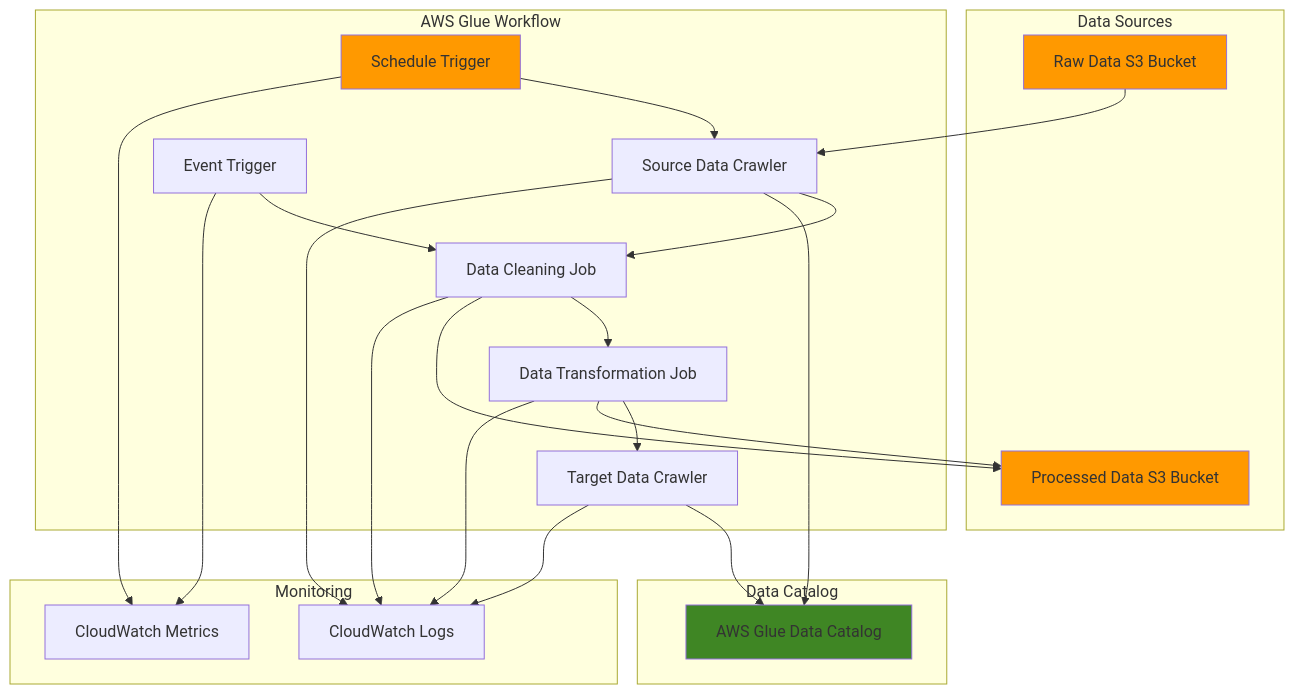
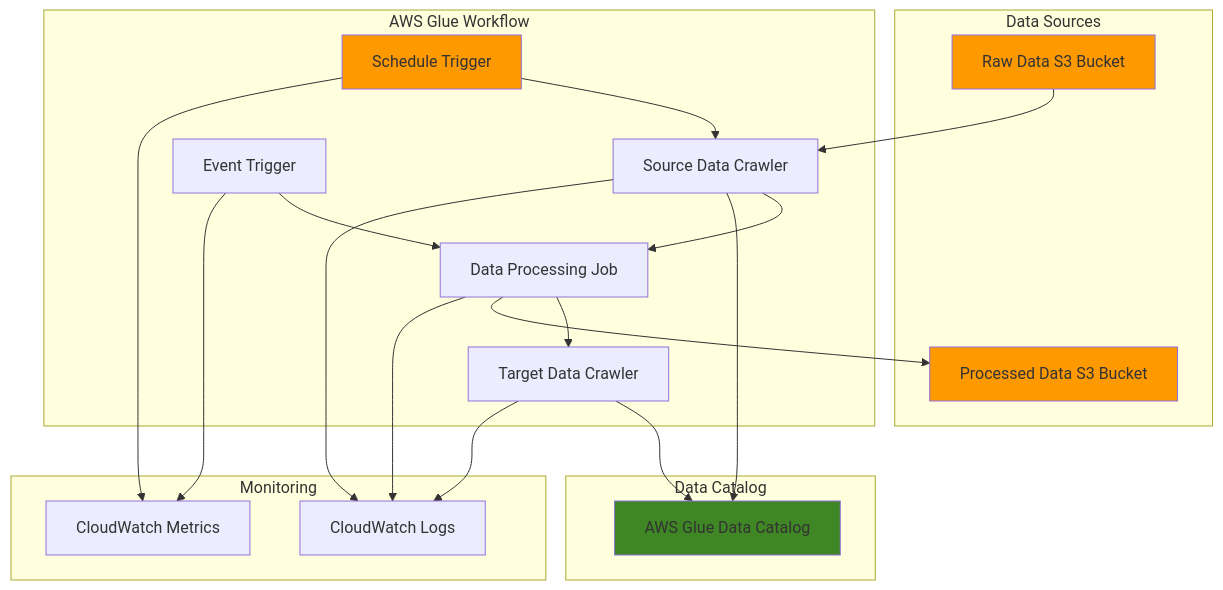
The diagram in aws/data-pipeline-orchestration-glue/data-pipeline-orchestration-glue.md (mzazon/awesome-cloud-projects), drawn with Mermaid before and after one commit. The commit also changed other lines of this file and 5581 other files, not shown here.

````diff
--- a/aws/data-pipeline-orchestration-glue/data-pipeline-orchestration-glue.md
+++ b/aws/data-pipeline-orchestration-glue/data-pipeline-orchestration-glue.md
@@ -30,50 +30,46 @@
 ```mermaid
 graph TB
     subgraph "Data Sources"
         S3_RAW[Raw Data S3 Bucket]
         S3_PROCESSED[Processed Data S3 Bucket]
     end
     
     subgraph "AWS Glue Workflow"
         START_TRIGGER[Schedule Trigger]
         CRAWLER1[Source Data Crawler]
-        ETL_JOB1[Data Cleaning Job]
-        ETL_JOB2[Data Transformation Job]
+        ETL_JOB1[Data Processing Job]
         CRAWLER2[Target Data Crawler]
         EVENT_TRIGGER[Event Trigger]
     end
     
     subgraph "Data Catalog"
         CATALOG[AWS Glue Data Catalog]
     end
     
     subgraph "Monitoring"
         CW[CloudWatch Logs]
         CW_METRICS[CloudWatch Metrics]
     end
     
     S3_RAW --> CRAWLER1
     START_TRIGGER --> CRAWLER1
     CRAWLER1 --> ETL_JOB1
-    ETL_JOB1 --> ETL_JOB2
-    ETL_JOB2 --> CRAWLER2
+    ETL_JOB1 --> CRAWLER2
     EVENT_TRIGGER --> ETL_JOB1
     
     CRAWLER1 --> CATALOG
     CRAWLER2 --> CATALOG
     ETL_JOB1 --> S3_PROCESSED
-    ETL_JOB2 --> S3_PROCESSED
     
     CRAWLER1 --> CW
     ETL_JOB1 --> CW
-    ETL_JOB2 --> CW
     CRAWLER2 --> CW
     
     START_TRIGGER --> CW_METRICS
     EVENT_TRIGGER --> CW_METRICS
     
     style START_TRIGGER fill:#FF9900
     style CATALOG fill:#3F8624
     style S3_RAW fill:#FF9900
     style S3_PROCESSED fill:#FF9900
 ```
````
